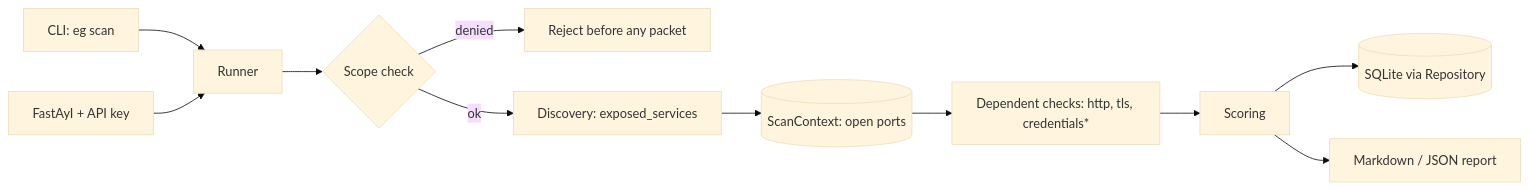
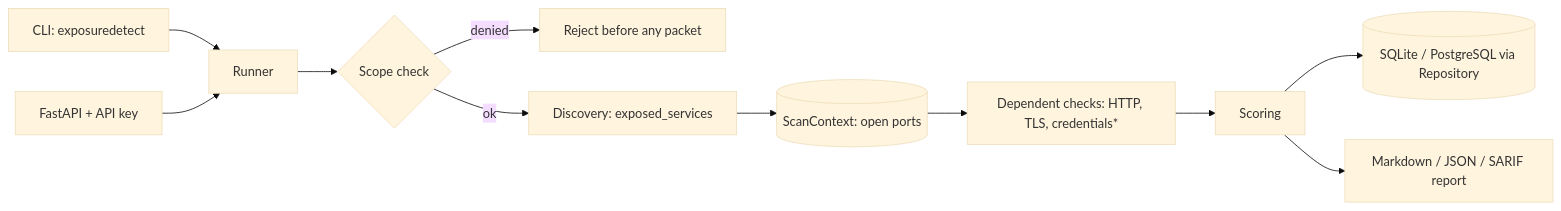
The diagram in docs/architecture.md (silvatechf/exposure_detect), drawn with Mermaid (base theme) before and after one commit. The commit also changed other lines of this file and 8 other files, not shown here.

````diff
--- a/docs/architecture.md
+++ b/docs/architecture.md
@@ -3,13 +3,13 @@
 ```mermaid
 flowchart LR
-    CLI[CLI: eg scan] --> RUN
-    AyI[FastAyI + API key] --> RUN
+    CLI[CLI: exposuredetect] --> RUN
+    API[FastAPI + API key] --> RUN
     RUN[Runner] --> SCOPE{Scope check}
     SCOPE -- denied --> ERR[Reject before any packet]
     SCOPE -- ok --> DISC[Discovery: exposed_services]
     DISC --> CTX[(ScanContext: open ports)]
-    CTX --> DEP[Dependent checks: http, tls, credentials*]
+    CTX --> DEP[Dependent checks: HTTP, TLS, credentials*]
     DEP --> SCORE[Scoring]
-    SCORE --> STORE[(SQLite via Repository)]
-    SCORE --> REP[Markdown / JSON report]
+    SCORE --> STORE[(SQLite / PostgreSQL via Repository)]
+    SCORE --> REP[Markdown / JSON / SARIF report]
 ```
````
